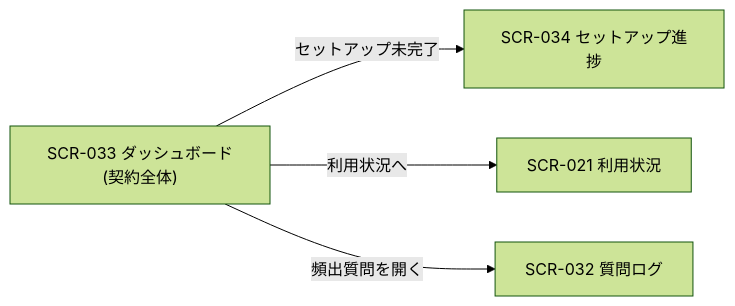
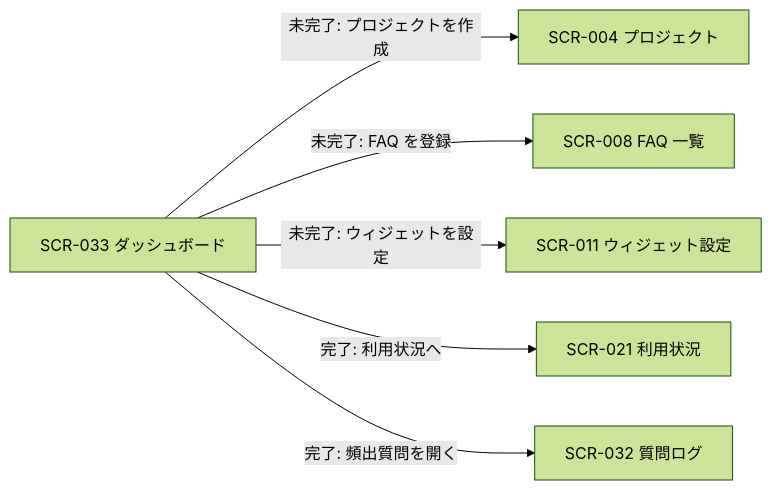
One commit to sikakou54/open-faq changed the diagram in 02_basic_design/01_frontend/01_screens/SCR-033.md. Above: the diagram before and after it, drawn with Mermaid (forest theme). The commit also changed other lines of this file and 6 other files, not shown here.

````diff
--- a/02_basic_design/01_frontend/01_screens/SCR-033.md
+++ b/02_basic_design/01_frontend/01_screens/SCR-033.md
@@ -30,10 +30,14 @@
 ```mermaid
 flowchart LR
-  S33["SCR-033 ダッシュボード(契約全体)"]
+  S33["SCR-033 ダッシュボード"]
+  S04["SCR-004 プロジェクト"]
+  S08["SCR-008 FAQ 一覧"]
+  S11["SCR-011 ウィジェット設定"]
   S21["SCR-021 利用状況"]
   S32["SCR-032 質問ログ"]
-  S34["SCR-034 セットアップ進捗"]
-  S33 -->|セットアップ未完了| S34
-  S33 -->|利用状況へ| S21
-  S33 -->|頻出質問を開く| S32
+  S33 -->|未完了: プロジェクトを作成| S04
+  S33 -->|未完了: FAQ を登録| S08
+  S33 -->|未完了: ウィジェットを設定| S11
+  S33 -->|完了: 利用状況へ| S21
+  S33 -->|完了: 頻出質問を開く| S32
 ```
````
